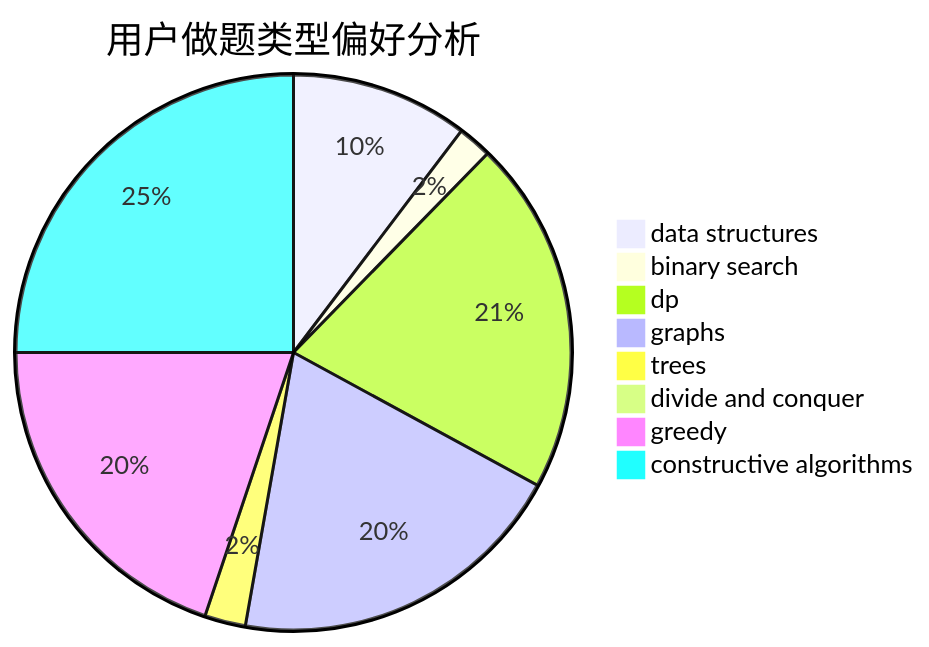
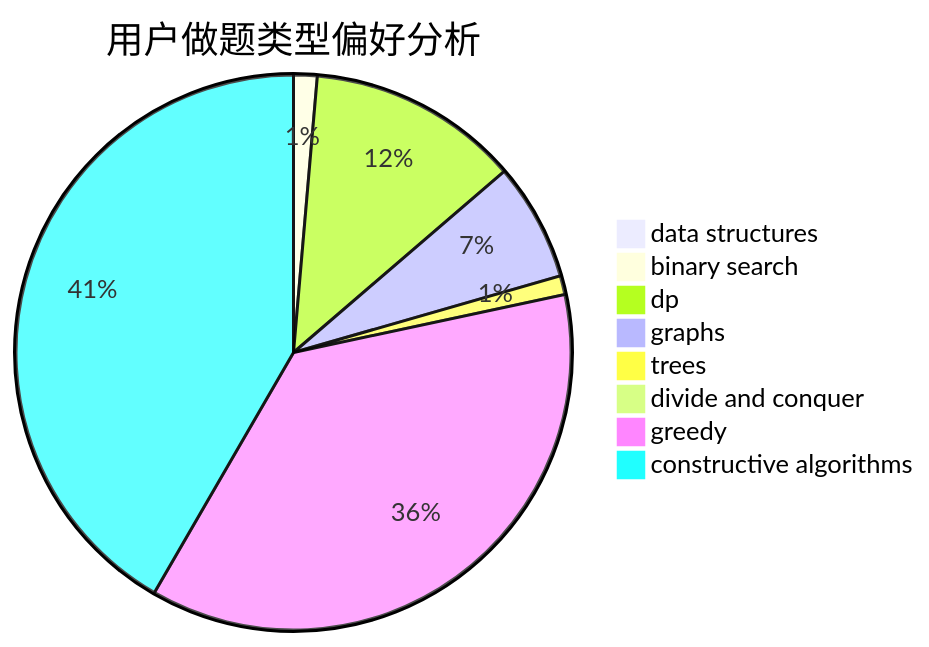
Before and after one commit to sherpahu/cfrs.github.io: the second of 3 diagrams in docs/user/u2707.md, drawn with Mermaid. The commit also changed other lines of this file and 2770 other files, not shown here.

````diff
--- a/docs/user/u2707.md
+++ b/docs/user/u2707.md
@@ -23,11 +23,11 @@
 ```mermaid
 pie title 用户做题类型偏好分析
-    "data structures" :  26
+    "data structures" :  3
     "binary search" :  5
-    "dp" :  52
-    "graphs" :  50
-    "trees" :  6
+    "dp" :  45
+    "graphs" :  25
+    "trees" :  4
     "divide and conquer" :  0
-    "greedy" :  50
-    "constructive algorithms" :  63
+    "greedy" :  134
+    "constructive algorithms" :  152
 ```
````
